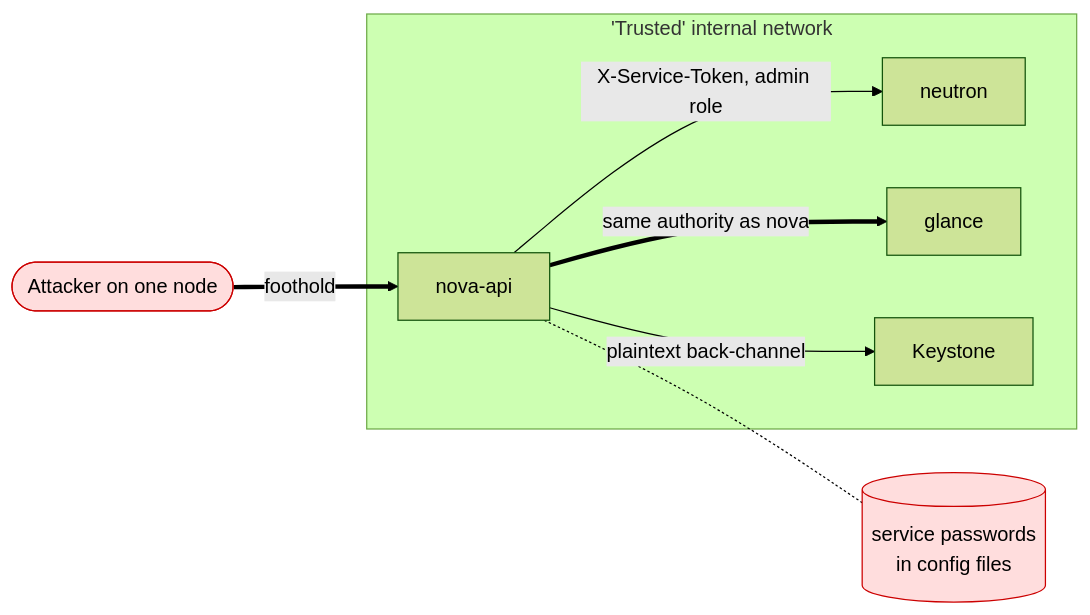
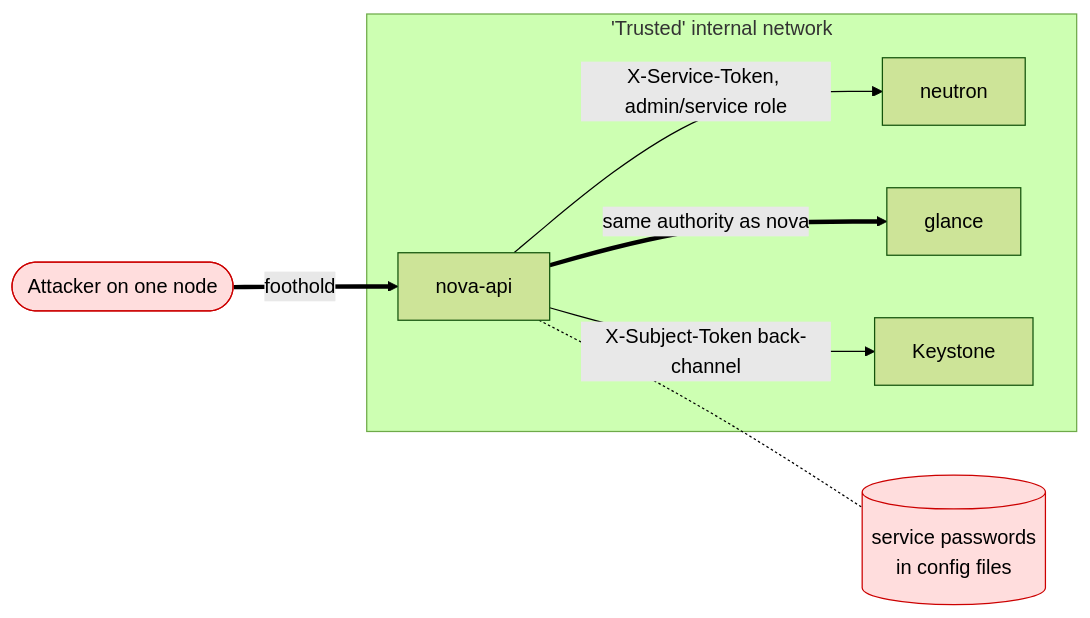
The diagram in zero_trust/perimeter.mmd (gtema/slides), drawn with Mermaid (forest theme) before and after one commit. The commit also changed 1 other file, not shown here.

```diff
--- a/zero_trust/perimeter.mmd
+++ b/zero_trust/perimeter.mmd
@@ -1,15 +1,15 @@
 flowchart LR
     attacker(["Attacker on one node"]):::bad
     subgraph perimeter["'Trusted' internal network"]
         nova["nova-api"]
         neutron["neutron"]
         glance["glance"]
         ks["Keystone"]
     end
     cfg[("service passwords<br/>in config files")]:::bad
     attacker ==>|"foothold"| nova
-    nova -->|"X-Service-Token, admin role"| neutron
-    nova -->|"plaintext back-channel"| ks
+    nova -->|"X-Service-Token, admin/service role"| neutron
+    nova -->|"X-Subject-Token back-channel"| ks
     nova -.- cfg
     nova ==>|"same authority as nova"| glance
     classDef bad fill:#fdd,stroke:#c00,color:#000
```
